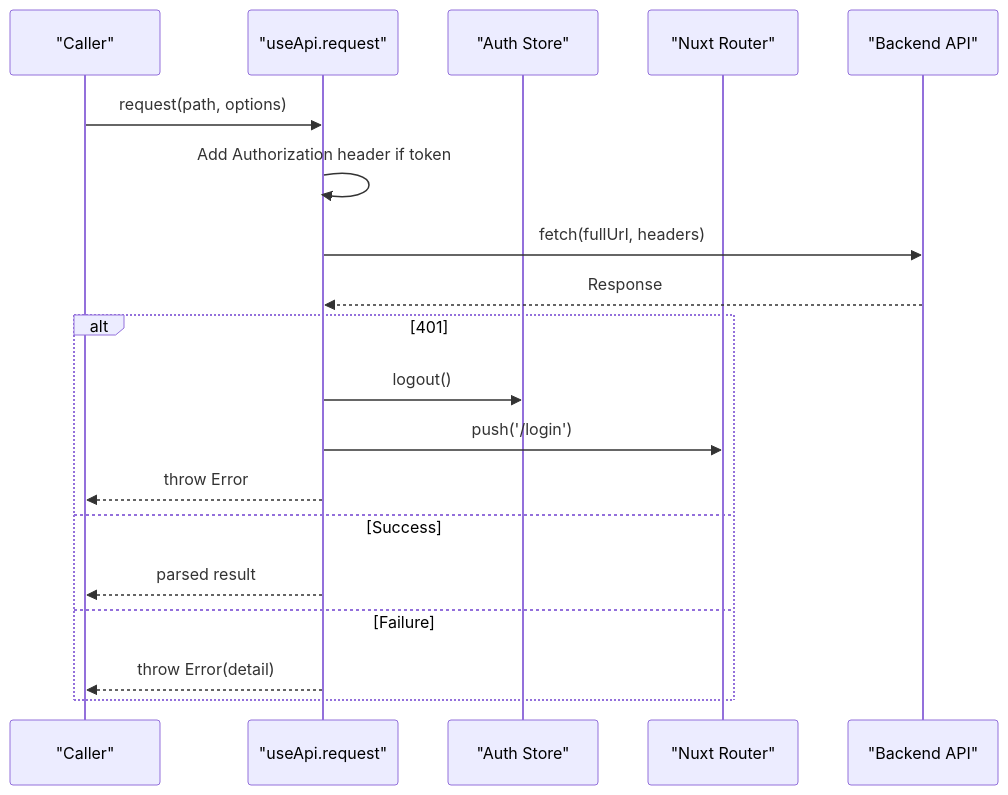
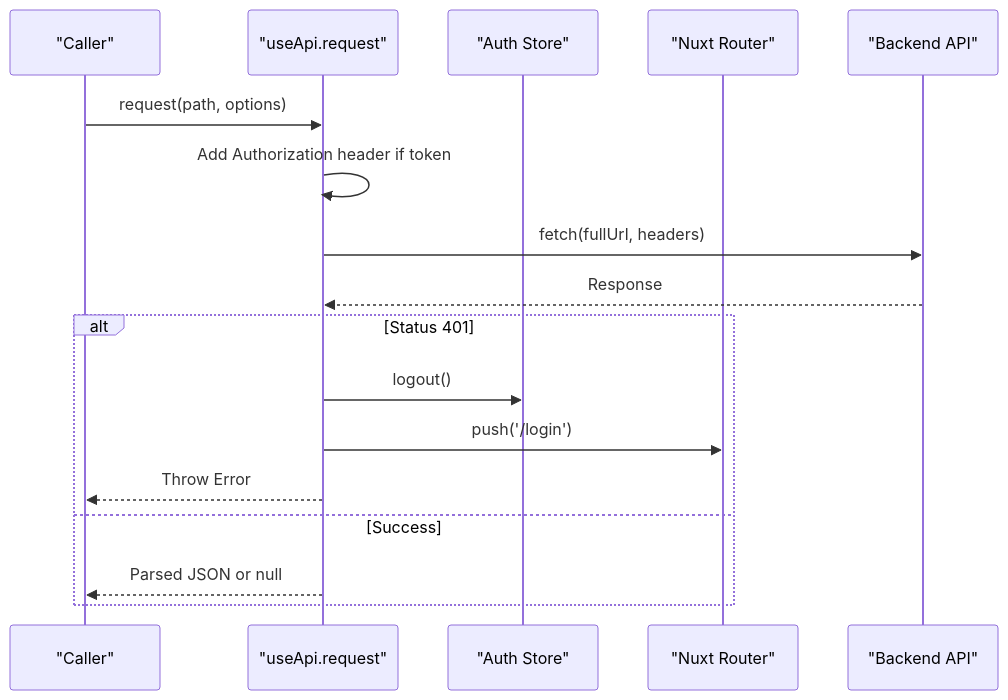
The ninth of 12 diagrams in .qoder/repowiki/en/content/Authentication & Authorization/Authentication & Authorization.md (Lazynerd-Studios/lacarte-atlas-console), drawn with Mermaid before and after one commit. The commit also changed other lines of this file and 139 other files, not shown here.

````diff
--- a/.qoder/repowiki/en/content/Authentication & Authorization/Authentication & Authorization.md
+++ b/.qoder/repowiki/en/content/Authentication & Authorization/Authentication & Authorization.md
@@ -352,21 +367,19 @@
 ```mermaid
 sequenceDiagram
 participant Caller as "Caller"
 participant API as "useApi.request"
 participant Store as "Auth Store"
 participant Router as "Nuxt Router"
 participant Server as "Backend API"
 Caller->>API : request(path, options)
 API->>API : Add Authorization header if token
 API->>Server : fetch(fullUrl, headers)
 Server-->>API : Response
-alt 401
+alt Status 401
 API->>Store : logout()
 API->>Router : push('/login')
-API-->>Caller : throw Error
+API-->>Caller : Throw Error
 else Success
-API-->>Caller : parsed result
-else Failure
-API-->>Caller : throw Error(detail)
+API-->>Caller : Parsed JSON or null
 end
 ```
````
